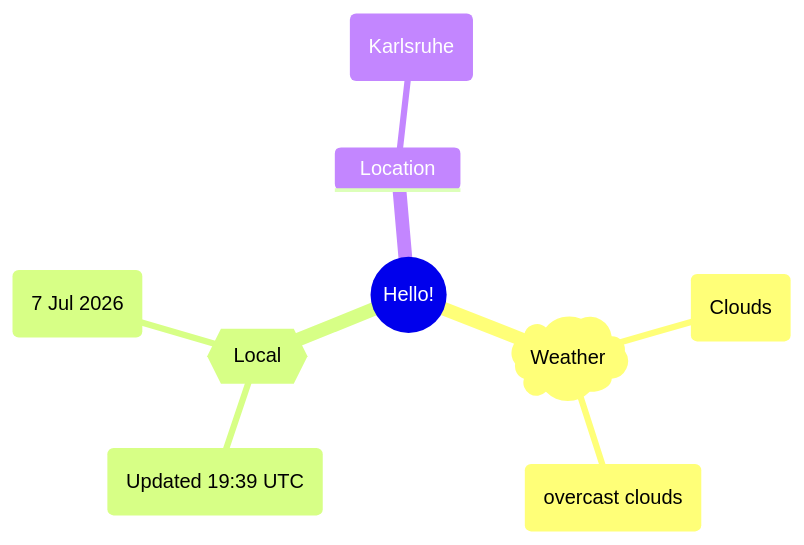
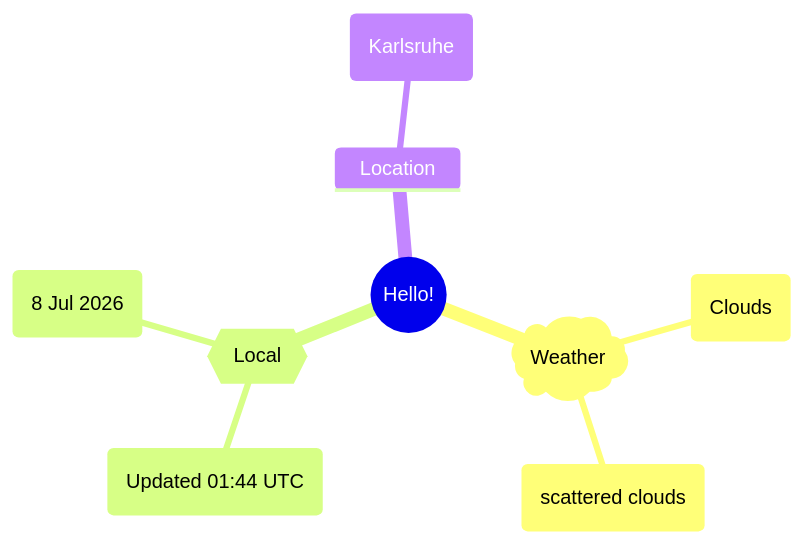
Before and after one commit to Xosrov/Xosrov: the first of 2 diagrams in README.md, drawn with Mermaid.

Commit message:
[bot] updated images

````diff
--- a/README.md
+++ b/README.md
@@ -3,12 +3,12 @@
 ```mermaid
 mindmap
   root((Hello!))
     )Weather(
         (Clouds)
-        (overcast clouds)
+        (scattered clouds)
     {{Local}}
-        (Updated 19:39 UTC)
-        (7 Jul 2026)
+        (Updated 01:44 UTC)
+        (8 Jul 2026)
     Location
         (Karlsruhe)
 ```
````
